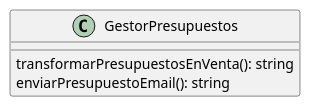
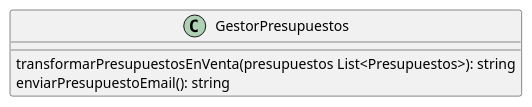
One commit to ZMGestion/DocumentacionZMGestion changed the diagram in DiagramaClases/Gestores/GestorPresupuestos.puml. Above: the diagram before and after it, drawn with PlantUML. The commit also changed 4 other files, not shown here.

Commit message:
Metodos en Diagrama de estados

```diff
--- a/DiagramaClases/Gestores/GestorPresupuestos.puml
+++ b/DiagramaClases/Gestores/GestorPresupuestos.puml
@@ -1,6 +1,6 @@
 @startuml GestorPresupuestos
 class GestorPresupuestos{
-    transformarPresupuestosEnVenta(): string
+    transformarPresupuestosEnVenta(presupuestos List<Presupuestos>): string
     enviarPresupuestoEmail(): string
 }
 @enduml
```
